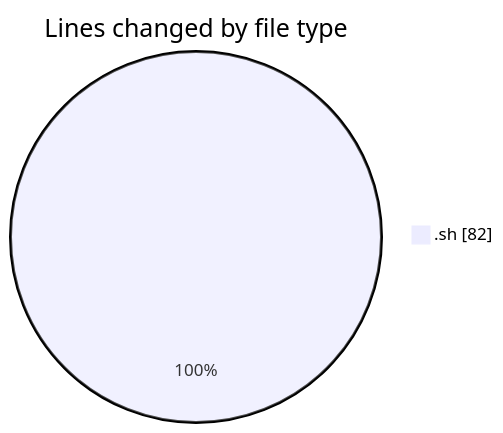
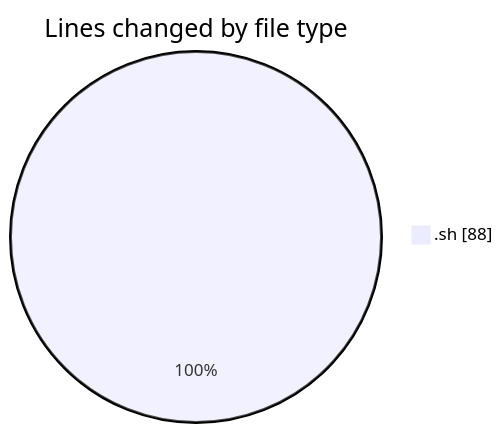
One commit to ricardozamudiocil/code-tracking changed the first of 2 diagrams in 2026-03-19/scripts/README.md. Above: the diagram before and after it, drawn with Mermaid. The commit also changed other lines of this file and 1 other file, not shown here.

````diff
--- a/2026-03-19/scripts/README.md
+++ b/2026-03-19/scripts/README.md
@@ -20,5 +20,5 @@
 ```mermaid
 pie showData
 title Lines changed by file type
-".sh" : 82
+".sh" : 88
 ```
````
